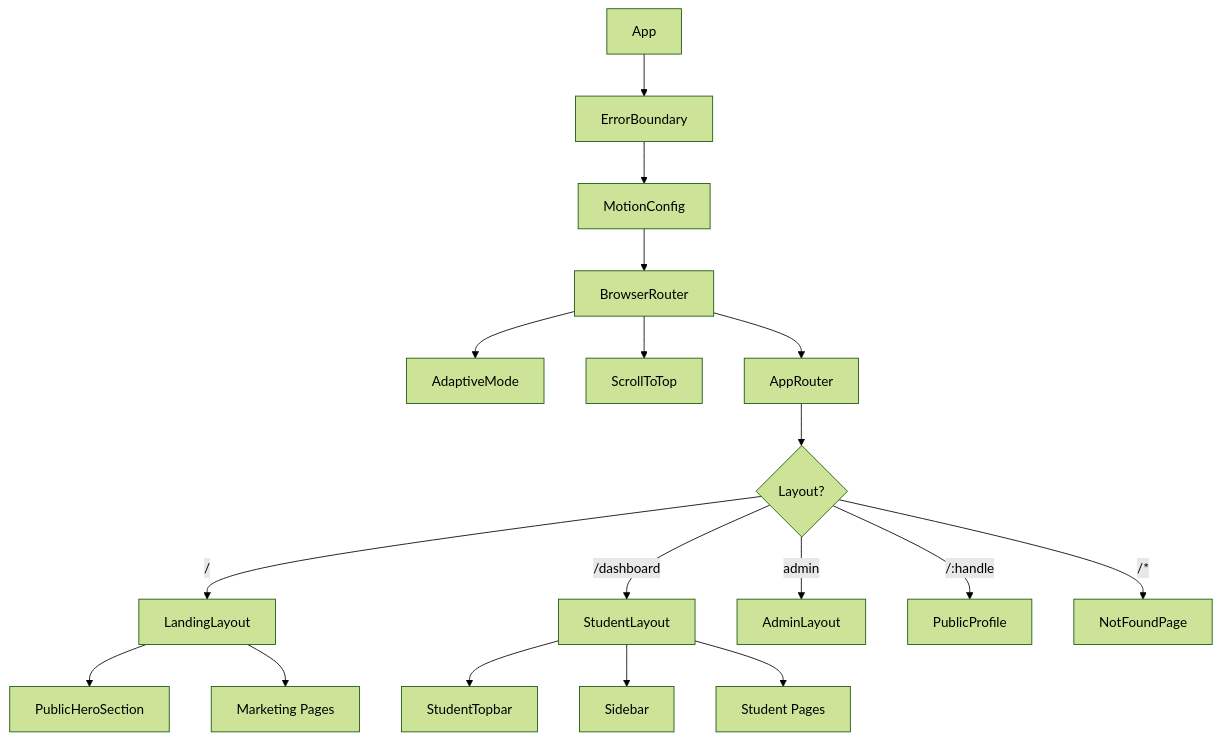
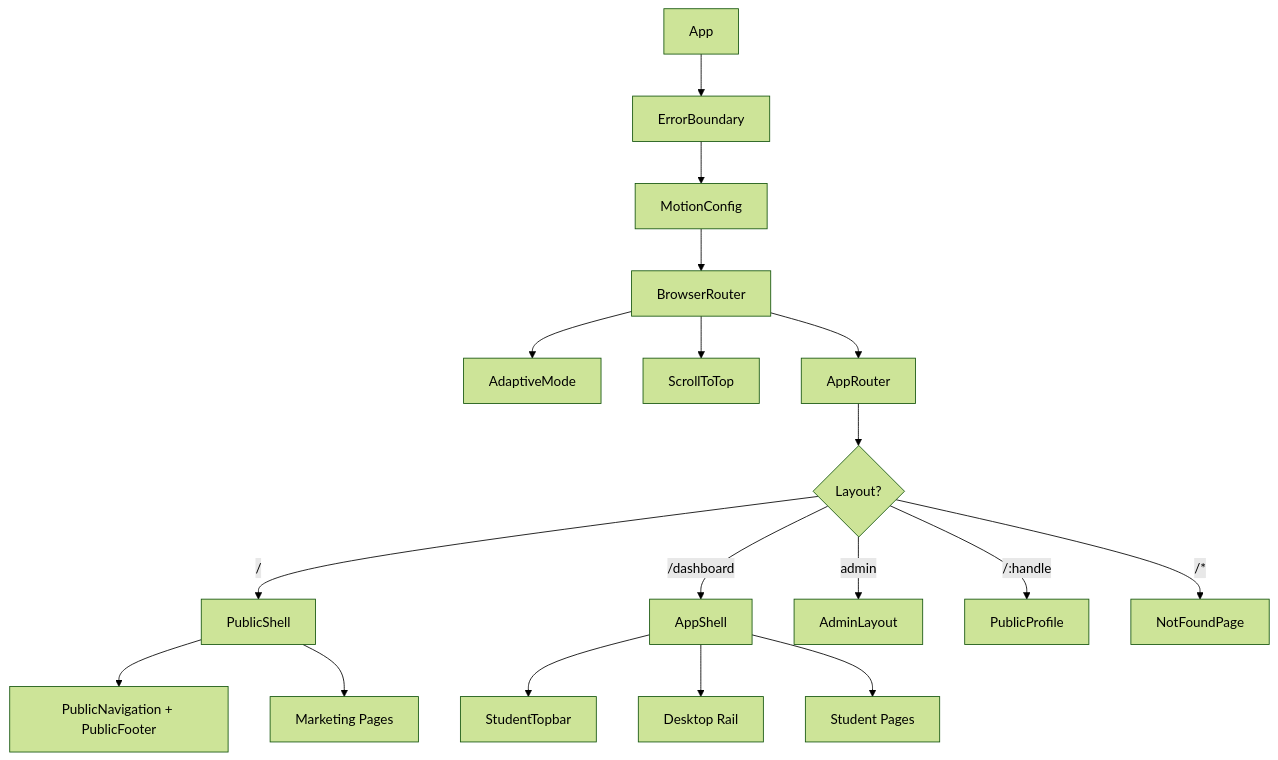
One commit to QYVORA/qyvora-frontend changed the diagram in docs/COMPONENT_ARCHITECTURE.md. Above: the diagram before and after it, drawn with Mermaid (forest theme). The commit also changed other lines of this file and 18 other files, not shown here.

````diff
--- a/docs/COMPONENT_ARCHITECTURE.md
+++ b/docs/COMPONENT_ARCHITECTURE.md
@@ -37,20 +40,20 @@
 ```mermaid
 graph TD
     A[App] --> B[ErrorBoundary]
     B --> C[MotionConfig]
     C --> D[BrowserRouter]
     D --> E[AdaptiveMode]
     D --> F[ScrollToTop]
     D --> G[AppRouter]
     G --> H{Layout?}
-    H -->|/| I[LandingLayout]
-    H -->|/dashboard| K[StudentLayout]
+    H -->|/| I[PublicShell]
+    H -->|/dashboard| K[AppShell]
     H -->|admin| L[AdminLayout]
     H -->|/:handle| M[PublicProfile]
     H -->|/*| N[NotFoundPage]
-    I --> O[PublicHeroSection]
+    I --> O[PublicNavigation + PublicFooter]
     I --> P[Marketing Pages]
     K --> Q[StudentTopbar]
-    K --> R[Sidebar]
+    K --> R[Desktop Rail]
     K --> S[Student Pages]
 ```
````
